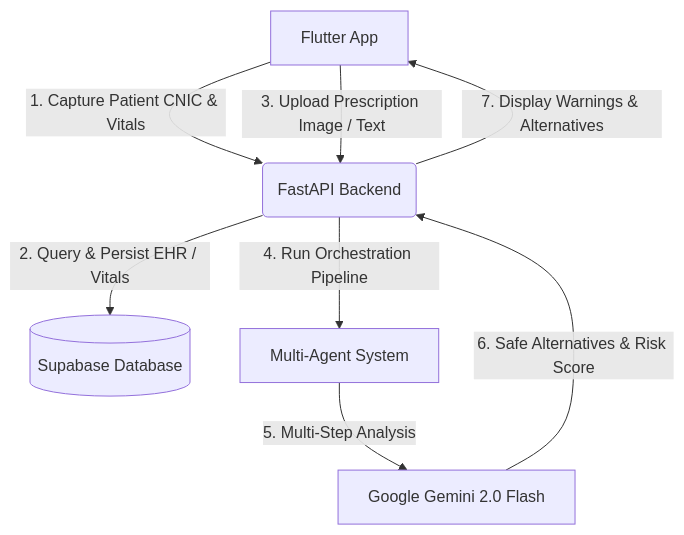
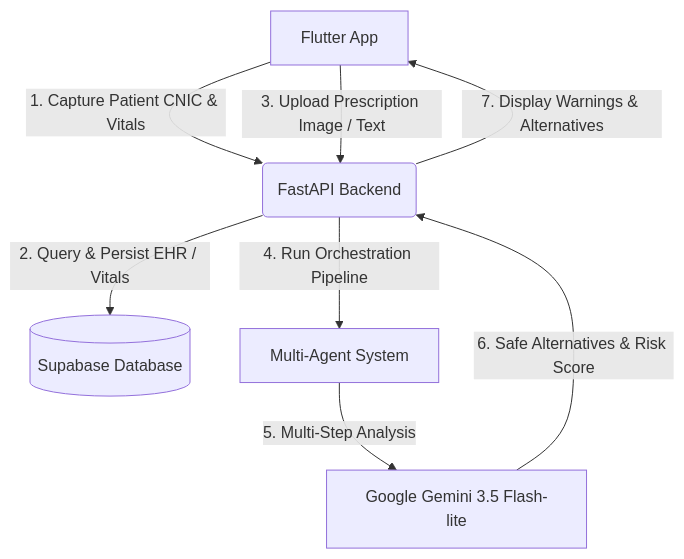
Before and after one commit to syedminamurrehman/PAKDOC-AI: the diagram in README.md, drawn with Mermaid.

Commit message:
Update Google Gemini version in README

````diff
--- a/README.md
+++ b/README.md
@@ -11,10 +11,10 @@
 ```mermaid
 graph TD
     A[Flutter App] -->|1. Capture Patient CNIC & Vitals| B(FastAPI Backend)
     A -->|3. Upload Prescription Image / Text| B
     B -->|2. Query & Persist EHR / Vitals| C[(Supabase Database)]
     B -->|4. Run Orchestration Pipeline| D[Multi-Agent System]
-    D -->|5. Multi-Step Analysis| E[Google Gemini 2.0 Flash]
+    D -->|5. Multi-Step Analysis| E[Google Gemini 3.5 Flash-lite]
     E -->|6. Safe Alternatives & Risk Score| B
     B -->|7. Display Warnings & Alternatives| A
 ```
````
